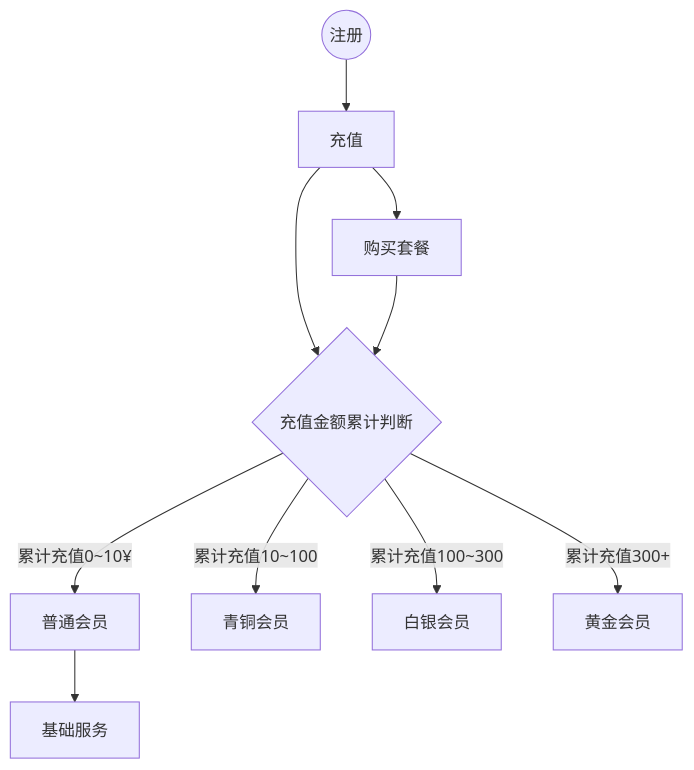
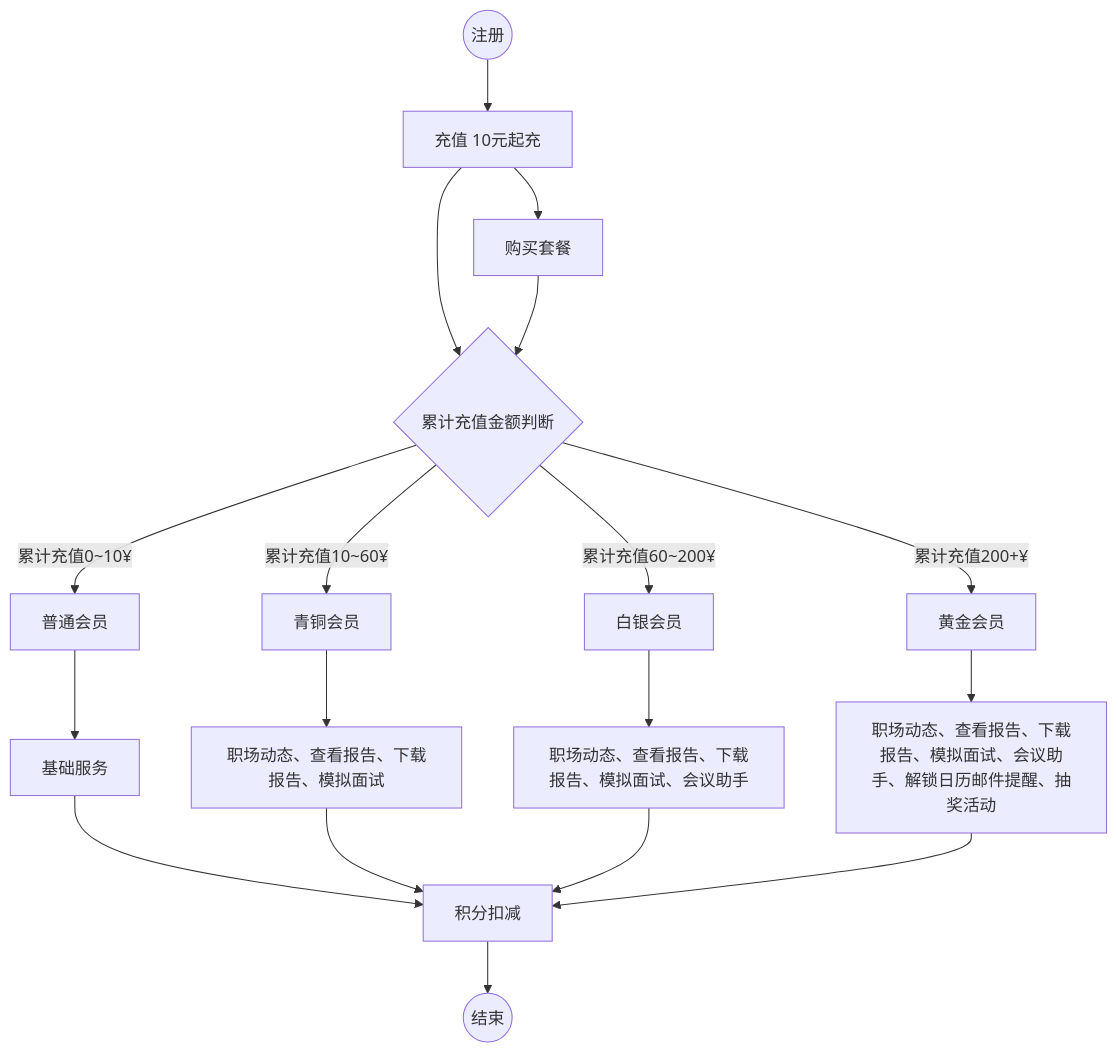
One commit to 0x00t0x7f/misc-notes changed the diagram in zhimai-proj-design.md. Above: the diagram before and after it, drawn with Mermaid. The commit also changed other lines of this file, not shown here.

````diff
--- a/zhimai-proj-design.md
+++ b/zhimai-proj-design.md
@@ -136,21 +136,31 @@
 ```mermaid
 flowchart TD
 
 A((注册))
-B[充值]
+B[充值 10元起充]
 B1[购买套餐]
-C{充值金额累计判断}
+C{累计充值金额判断}
 D1[普通会员]
 D2[青铜会员]
 D3[白银会员]
 D4[黄金会员]
 E1[基础服务]
+E2[职场动态、查看报告、下载报告、模拟面试]
+E3[职场动态、查看报告、下载报告、模拟面试、会议助手]
+E4[职场动态、查看报告、下载报告、模拟面试、会议助手、解锁日历邮件提醒、抽奖活动]
+F[积分扣减]
+G((结束))
 
 A-->B-->C
 B-->B1-->C
 C-->|累计充值0~10¥|D1
-C-->|累计充值10~100|D2
-C-->|累计充值100~300|D3
-C-->|累计充值300+|D4
+C-->|累计充值10~60¥|D2
+C-->|累计充值60~200¥|D3
+C-->|累计充值200+¥|D4
 D1-->E1
+D2-->E2
+D3-->E3
+D4-->E4
+E1 & E2 & E3 & E4 --> F
+F-->G
 ```
````
